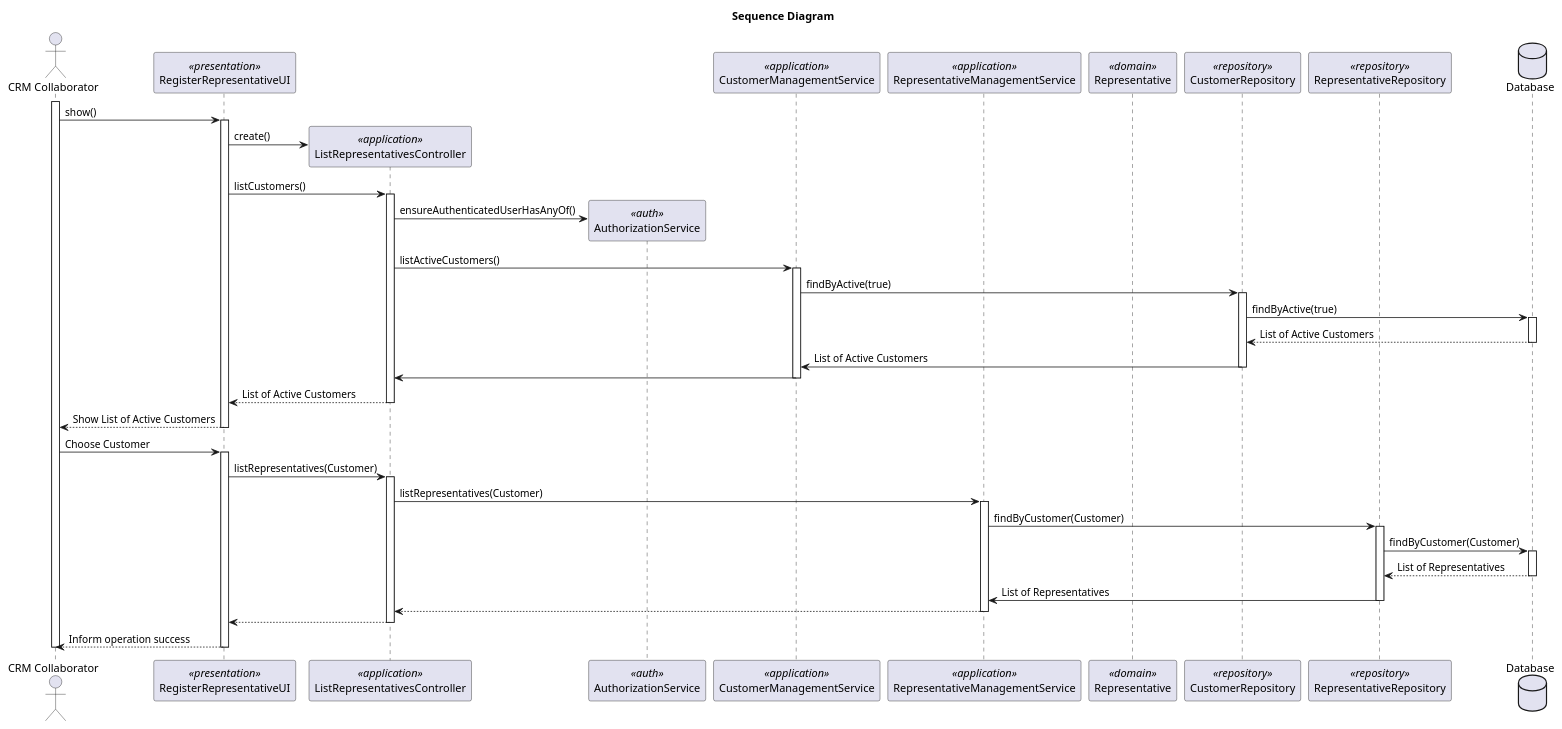
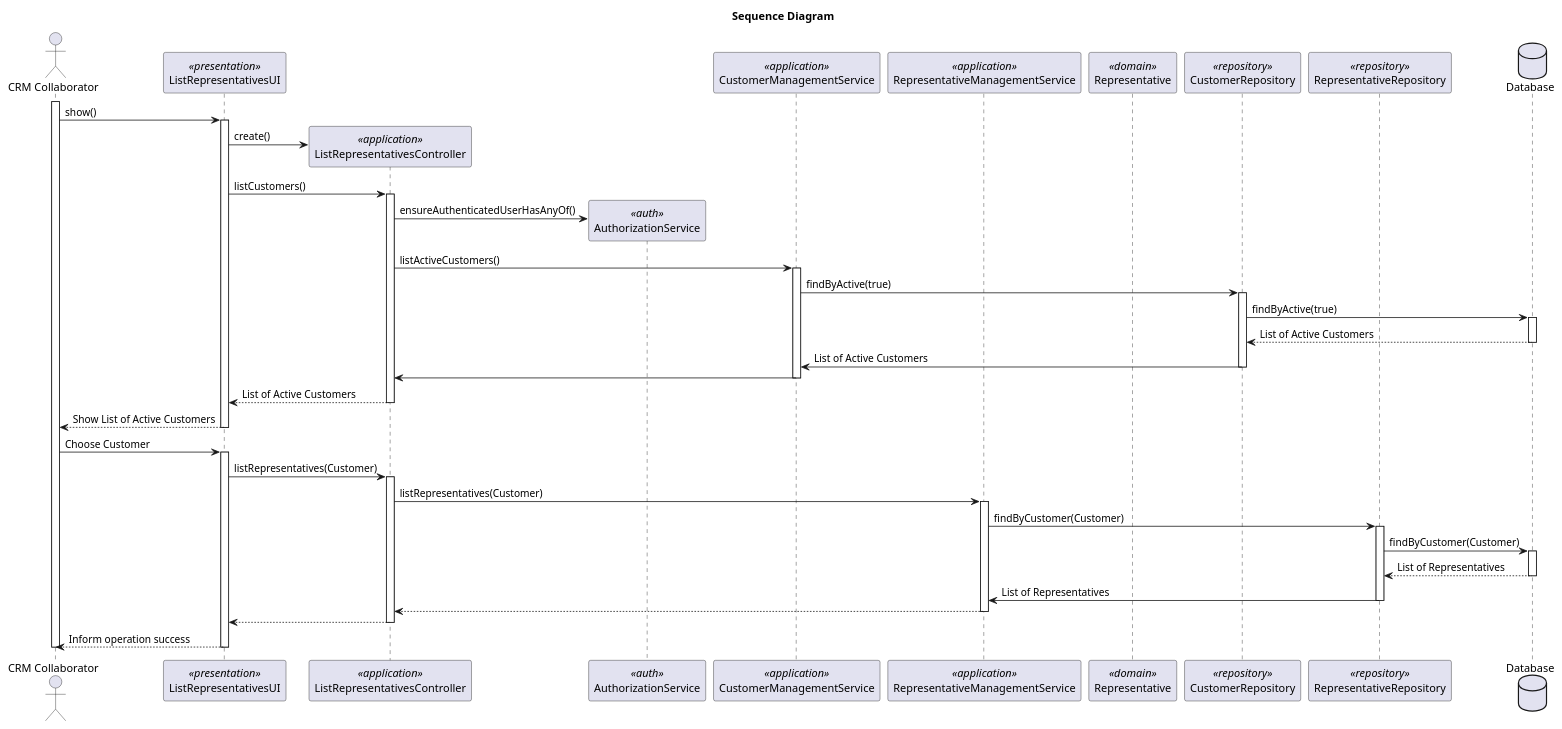
One commit to rubenFreitas1/ISEP-LAPR4-2024-2025 changed the diagram in docs/Sprint2/us_222/diagrams/sequence-diagram-US222.puml. Above: the diagram before and after it, drawn with PlantUML. The commit also changed 1 other file, not shown here.

```diff
--- a/docs/Sprint2/us_222/diagrams/sequence-diagram-US222.puml
+++ b/docs/Sprint2/us_222/diagrams/sequence-diagram-US222.puml
@@ -1,83 +1,83 @@
 @startuml
 title Sequence Diagram
 
 actor "CRM Collaborator" as Actor
-participant "RegisterRepresentativeUI" as UI <<presentation>>
+participant "ListRepresentativesUI" as UI <<presentation>>
 participant "ListRepresentativesController" as Controller <<application>>
 participant "AuthorizationService" as AuthorizationService <<auth>>
 participant "CustomerManagementService" as CustomerManagementService <<application>>
 participant "RepresentativeManagementService" as RepresentativeManagementService <<application>>
 participant "Representative" as Representative <<domain>>
 participant "CustomerRepository" as CustomerRepository <<repository>>
 participant "RepresentativeRepository" as RepresentativeRepository <<repository>>
 
 database "Database" as Database
 
 activate Actor
 
 Actor -> UI: show()
     activate UI
 
 UI -> Controller** : create()
 
 
 
 
 UI -> Controller: listCustomers()
     activate Controller
 
         Controller -> AuthorizationService** : ensureAuthenticatedUserHasAnyOf()
 
         Controller -> CustomerManagementService: listActiveCustomers()
             activate CustomerManagementService
 
                 CustomerManagementService -> CustomerRepository : findByActive(true)
                 activate CustomerRepository
 
                     CustomerRepository -> Database:  findByActive(true)
                     activate Database
 
                         Database --> CustomerRepository: List of Active Customers
                     deactivate Database
                     CustomerRepository -> CustomerManagementService: List of Active Customers
                 deactivate CustomerRepository
                 CustomerManagementService ->Controller
             deactivate CustomerManagementService
 
         Controller --> UI: List of Active Customers
     deactivate Controller
 
 UI --> Actor: Show List of Active Customers
 deactivate UI
 
 Actor -> UI: Choose Customer
 
 
     activate UI
 
         UI -> Controller : listRepresentatives(Customer)
             activate Controller
 
                 Controller -> RepresentativeManagementService : listRepresentatives(Customer)
                     activate RepresentativeManagementService
 
                         RepresentativeManagementService -> RepresentativeRepository : findByCustomer(Customer)
                         activate RepresentativeRepository
 
                         RepresentativeRepository -> Database:  findByCustomer(Customer)
                         activate Database
 
                             Database --> RepresentativeRepository: List of Representatives
                         deactivate Database
                         RepresentativeRepository -> RepresentativeManagementService: List of Representatives
                     deactivate RepresentativeRepository
                     RepresentativeManagementService --> Controller
                     deactivate RepresentativeManagementService
 
                 Controller --> UI
             deactivate Controller
         UI --> Actor : Inform operation success
         deactivate UI
 deactivate Actor
 
 @enduml
```
